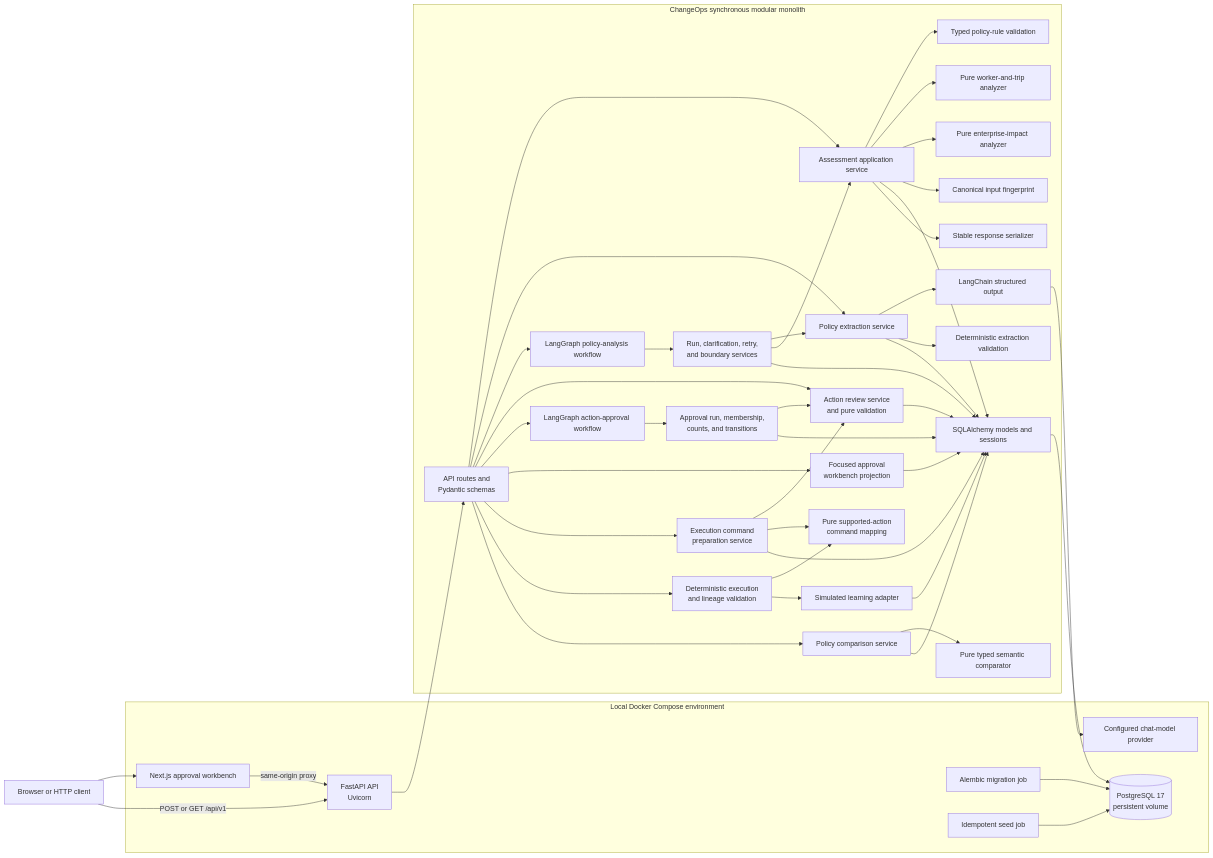
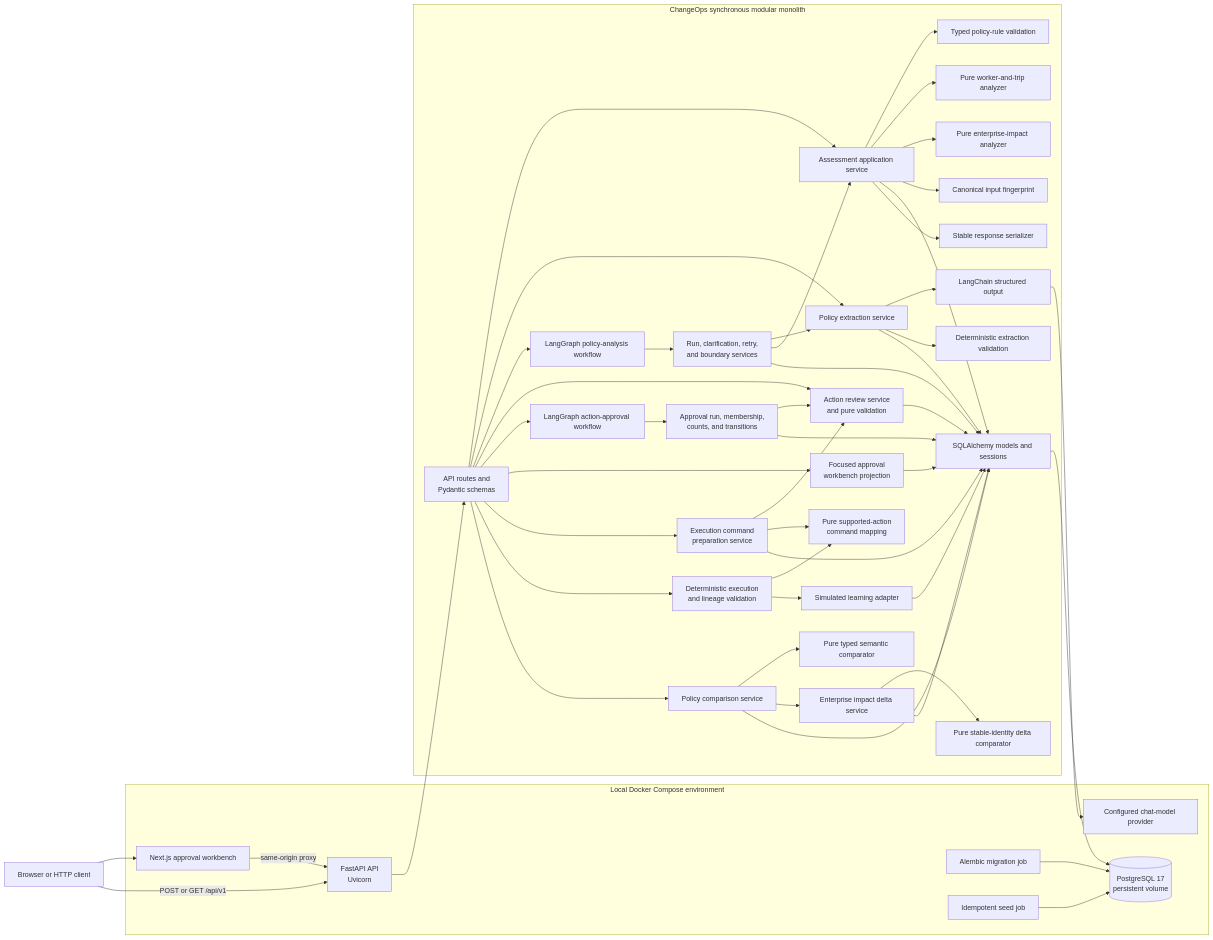
One commit to jaydreyer/ChangeOps changed the first of 5 diagrams in docs/architecture.md. Above: the diagram before and after it, drawn with Mermaid. The commit also changed other lines of this file and 23 other files, not shown here.

Commit message:
feat: add enterprise impact delta

```diff
--- a/docs/architecture.md
+++ b/docs/architecture.md
@@ -43,6 +44,8 @@
         LearningAdapter["Simulated learning adapter"]
         Comparison["Policy comparison service"]
         Comparator["Pure typed semantic comparator"]
+        ImpactDelta["Enterprise impact delta service"]
+        DeltaComparator["Pure stable-identity delta comparator"]
         ORM["SQLAlchemy models and sessions"]
     end
 
@@ -82,6 +85,9 @@
     Routes --> ExecutionService
     Routes --> Comparison
     Comparison --> Comparator
+    Comparison --> ImpactDelta
+    ImpactDelta --> DeltaComparator
+    ImpactDelta --> ORM
     Comparison --> ORM
     ExecutionService --> CommandMapping
     ExecutionService --> LearningAdapter
```
